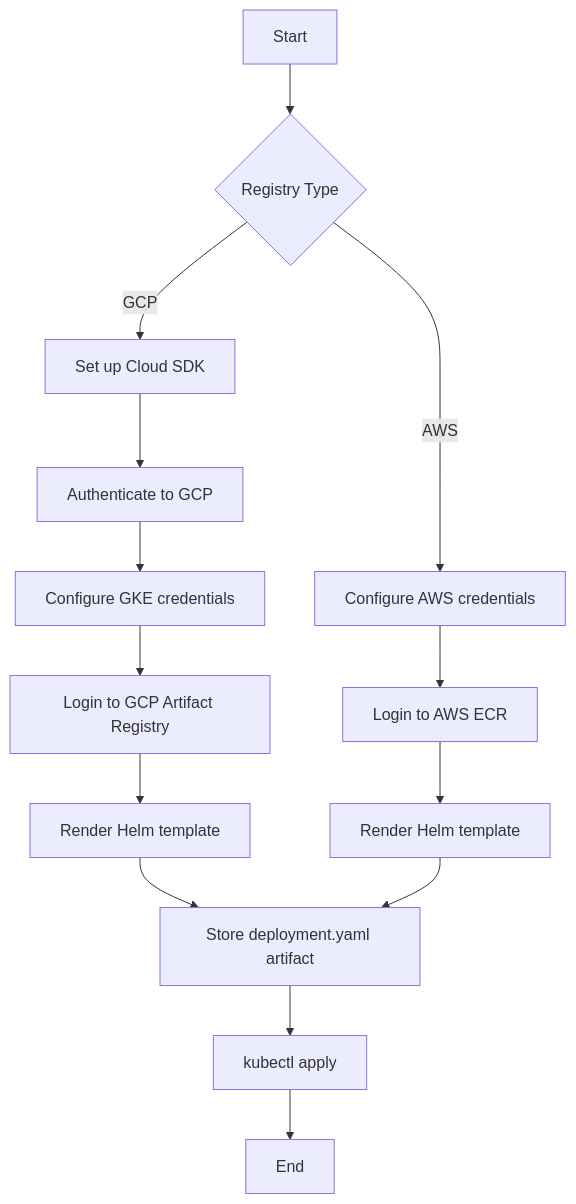
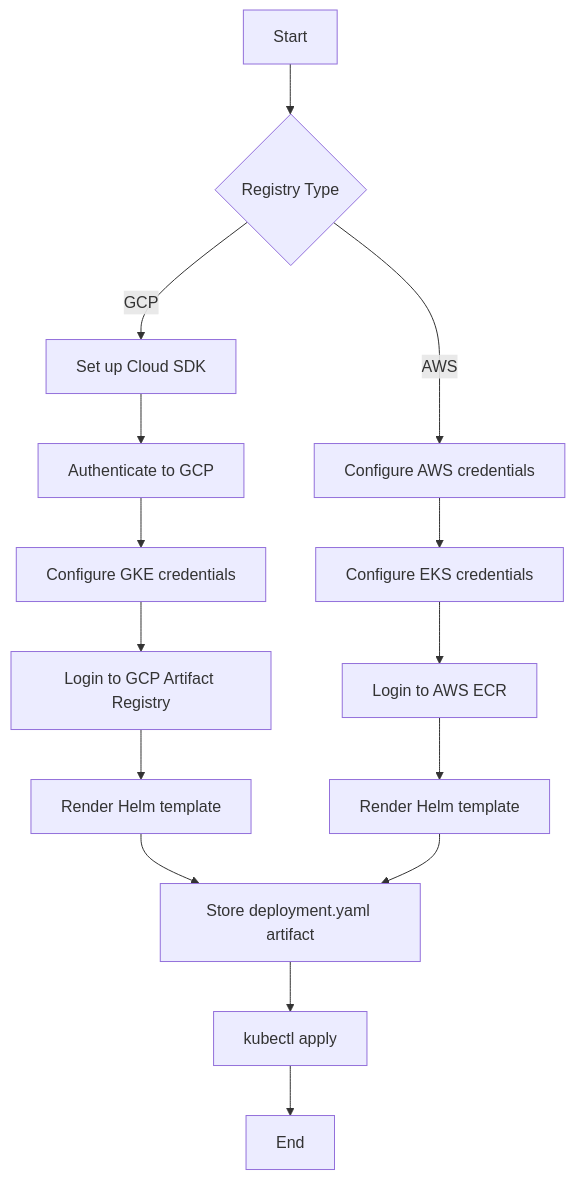
The diagram in docs/USAGE.md (martoc/action-helm-deploy), drawn with Mermaid before and after one commit. The commit also changed other lines of this file and 1 other file, not shown here.

Commit message:
docs: Update documentation for EKS credential configuration (#9)

````diff
--- a/docs/USAGE.md
+++ b/docs/USAGE.md
@@ -253,16 +251,17 @@
 ```mermaid
 flowchart TD
     A[Start] --> B{Registry Type}
     B -->|GCP| C[Set up Cloud SDK]
     B -->|AWS| D[Configure AWS credentials]
     C --> E[Authenticate to GCP]
     E --> F[Configure GKE credentials]
     F --> G[Login to GCP Artifact Registry]
     G --> H[Render Helm template]
-    D --> I[Login to AWS ECR]
-    I --> J[Render Helm template]
-    H --> K[Store deployment.yaml artifact]
-    J --> K
-    K --> L[kubectl apply]
-    L --> M[End]
+    D --> I[Configure EKS credentials]
+    I --> J[Login to AWS ECR]
+    J --> K[Render Helm template]
+    H --> L[Store deployment.yaml artifact]
+    K --> L
+    L --> M[kubectl apply]
+    M --> N[End]
 ```
````
